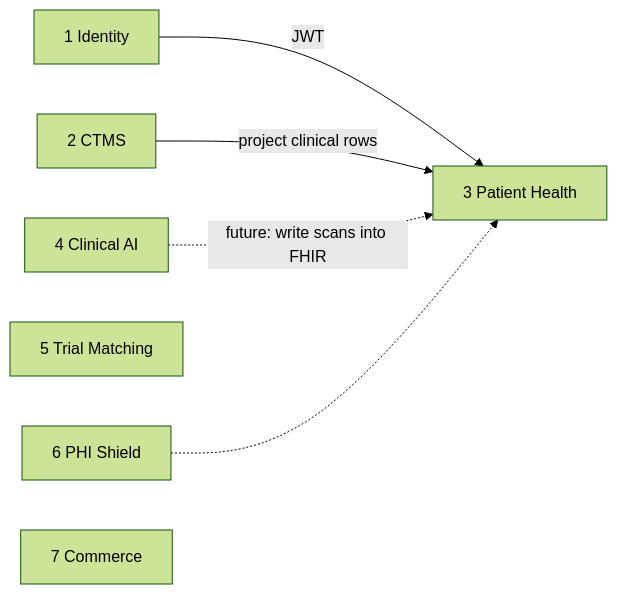
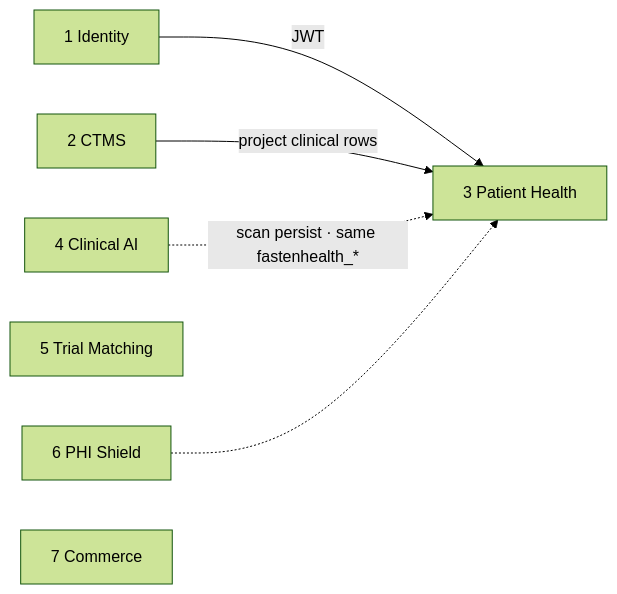
The eighth of 8 diagrams in hekma-patient-health/docs/PATIENT_HEALTH.md (rajhekma/hekma-platform), drawn with Mermaid (forest theme) before and after one commit. The commit also changed other lines of this file and 132 other files, not shown here.

````diff
--- a/hekma-patient-health/docs/PATIENT_HEALTH.md
+++ b/hekma-patient-health/docs/PATIENT_HEALTH.md
@@ -232,10 +232,10 @@
 ```mermaid
 flowchart LR
     S1[1 Identity] -->|JWT| S3
     S2[2 CTMS] -->|project clinical rows| S3
     S3[3 Patient Health]
-    S4[4 Clinical AI] -.->|future: write scans into FHIR| S3
+    S4[4 Clinical AI] -.->|scan persist · same fastenhealth_*| S3
     S5[5 Trial Matching]
     S6[6 PHI Shield] -.-> S3
     S7[7 Commerce]
 ```
````
